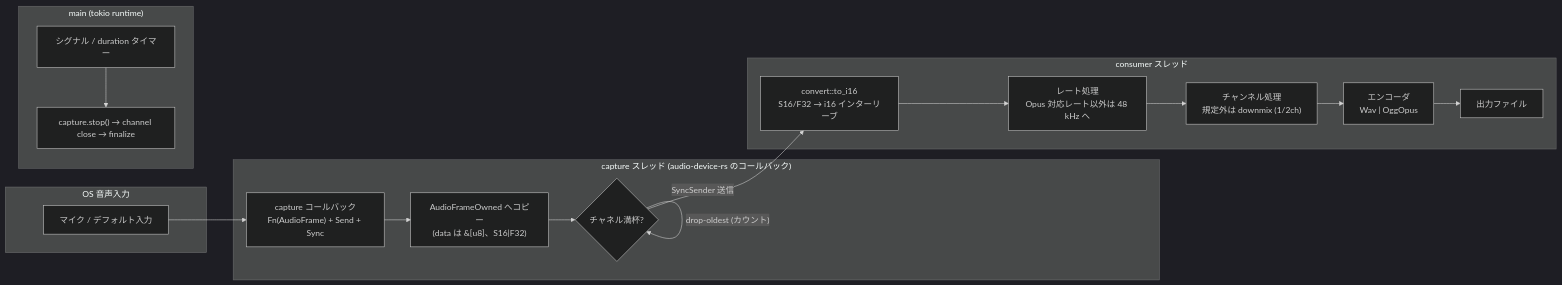
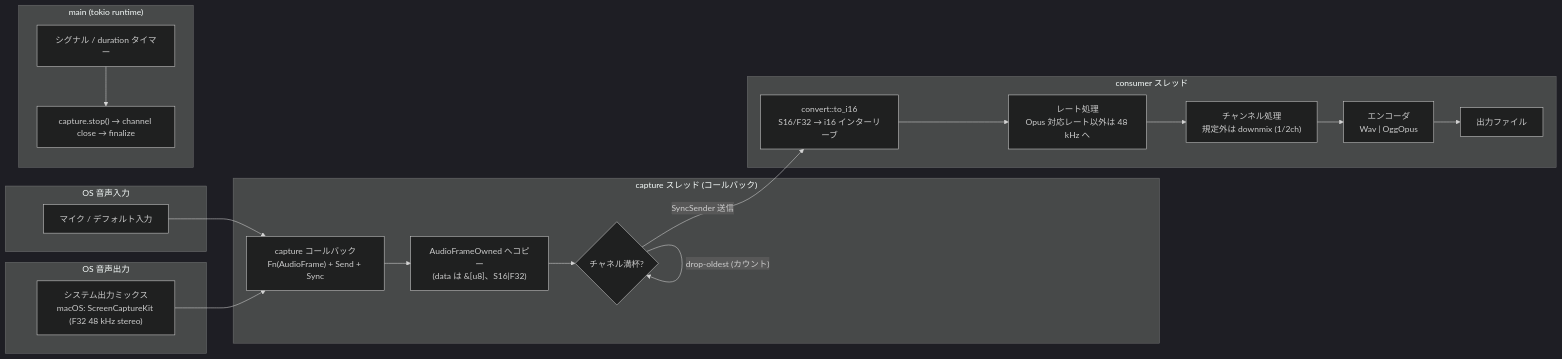
One commit to pranc1ngpegasus/labs changed the second of 2 diagrams in oto/docs/spec/02-architecture.md. Above: the diagram before and after it, drawn with Mermaid (dark theme). The commit also changed other lines of this file and 15 other files, not shown here.

First line of the commit message:
feat(oto): capture system audio via macOS ScreenCaptureKit (#33)

````diff
--- a/oto/docs/spec/02-architecture.md
+++ b/oto/docs/spec/02-architecture.md
@@ -83,32 +85,36 @@
 ```mermaid
 flowchart LR
-    subgraph OS["OS 音声入力"]
+    subgraph OS["OS 音声出力"]
+        SYS["システム出力ミックス<br/>macOS: ScreenCaptureKit (F32 48 kHz stereo)"]
+    end
+    subgraph OS2["OS 音声入力"]
         MIC["マイク / デフォルト入力"]
     end
 
-    subgraph CAP["capture スレッド (audio-device-rs のコールバック)"]
+    subgraph CAP["capture スレッド (コールバック)"]
         CB["capture コールバック<br/>Fn(AudioFrame) + Send + Sync"]
         OWN["AudioFrameOwned へコピー<br/>(data は &[u8]、S16|F32)"]
         DROP{"チャネル満杯?"}
     end
 
     subgraph CONS["consumer スレッド"]
         CONV["convert::to_i16<br/>S16/F32 → i16 インターリーブ"]
         RATE["レート処理<br/>Opus 対応レート以外は 48 kHz へ"]
         CH["チャンネル処理<br/>規定外は downmix (1/2ch)"]
         ENC["エンコーダ<br/>Wav | OggOpus"]
         FILE["出力ファイル"]
     end
 
     subgraph MAIN["main (tokio runtime)"]
         SIG["シグナル / duration タイマー"]
         STOP["capture.stop() → channel close → finalize"]
     end
 
     MIC --> CB
+    SYS --> CB
     CB --> OWN --> DROP
     DROP -->|"SyncSender 送信"| CONV
     DROP -->|"drop-oldest (カウント)"| DROP
     CONV --> RATE --> CH --> ENC --> FILE
     SIG --> STOP
 ```
````
